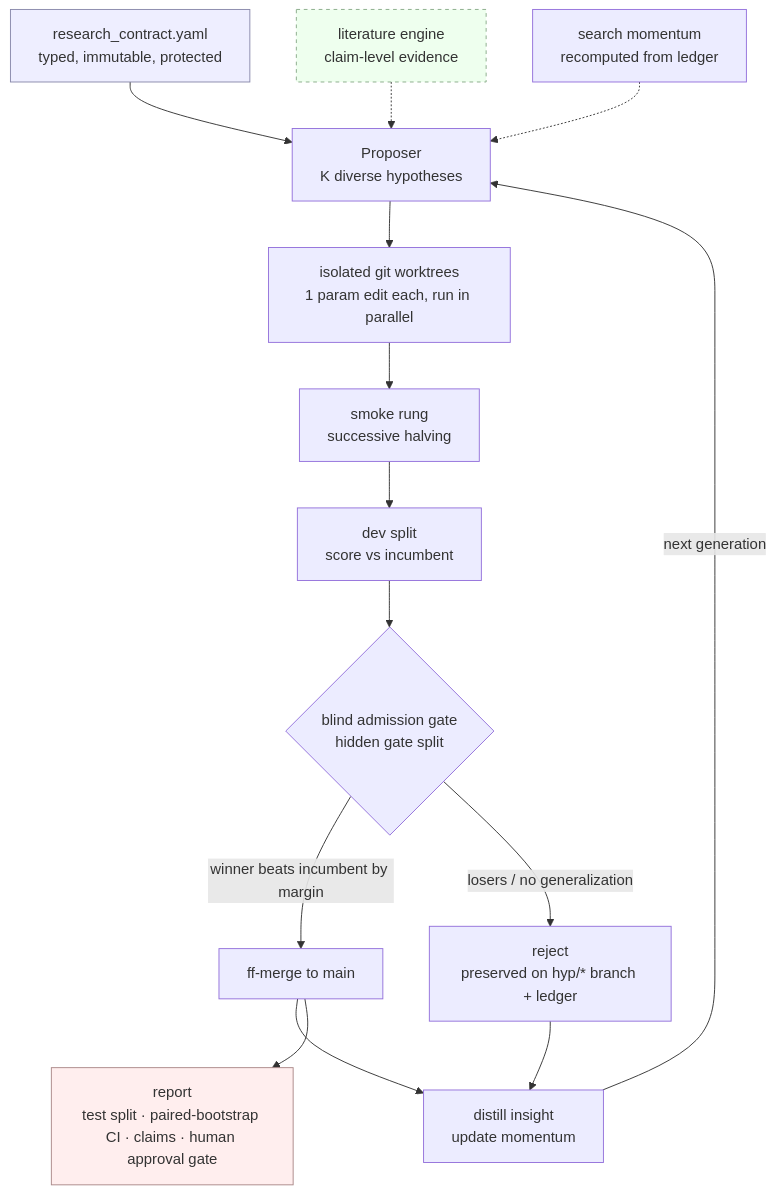
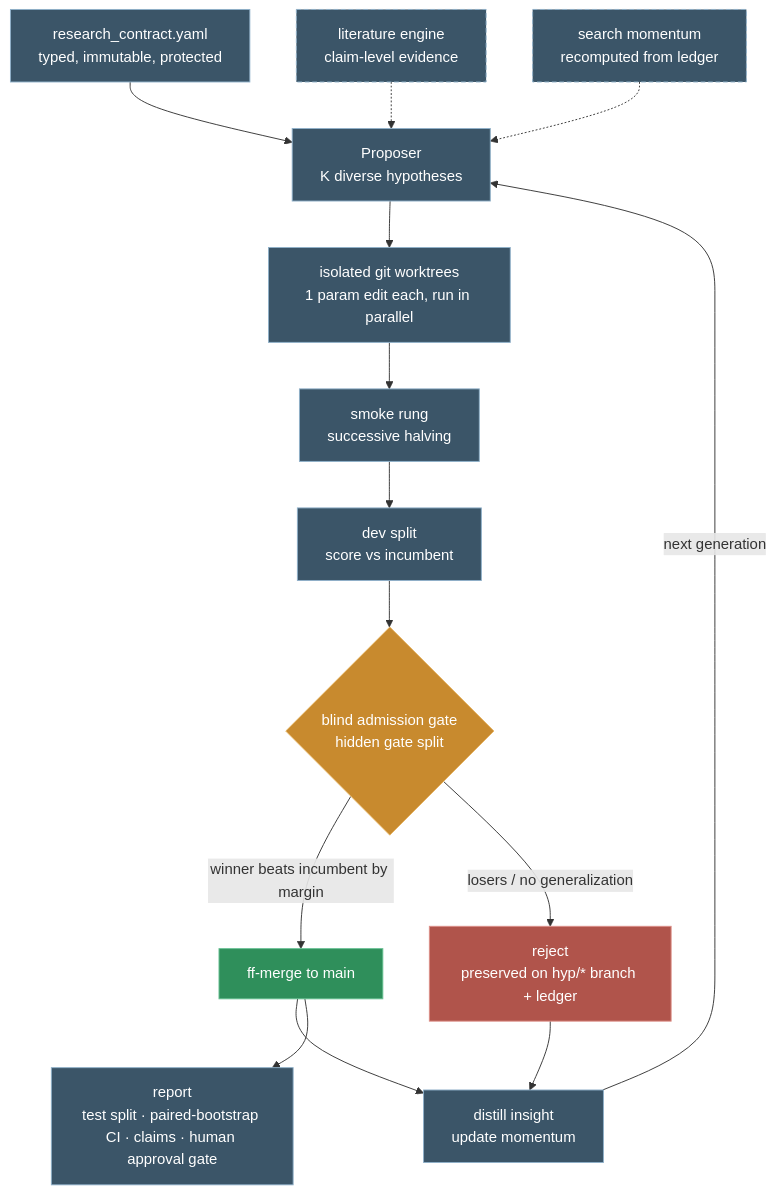
Before and after one commit to Gyubin/autoresearch: the diagram in README.md, drawn with Mermaid. The commit also changed 1 other file, not shown here.

Commit message:
docs: recolor the overview diagram for cross-theme readability
Every node now carries an explicit fill + white text (slate pipeline, amber
gate, green accept, red reject), so the diagram reads as one system on both
GitHub light and dark themes instead of mixing pastel and theme-default nodes.

````diff
--- a/README.md
+++ b/README.md
@@ -29,20 +29,22 @@
 ```mermaid
 flowchart TD
-    C[research_contract.yaml<br/>typed, immutable, protected]:::frozen --> P
-    L[literature engine<br/>claim-level evidence]:::opt -.-> P
-    M[search momentum<br/>recomputed from ledger] -.-> P
-    P[Proposer<br/>K diverse hypotheses] --> W[isolated git worktrees<br/>1 param edit each, run in parallel]
-    W --> SM[smoke rung<br/>successive halving]
-    SM --> DEV[dev split<br/>score vs incumbent]
-    DEV --> GATE{blind admission gate<br/>hidden gate split}
-    GATE -->|winner beats incumbent by margin| MERGE[ff-merge to main]
-    GATE -->|losers / no generalization| REJ[reject<br/>preserved on hyp/* branch + ledger]
-    MERGE --> INS[distill insight<br/>update momentum]
+    C[research_contract.yaml<br/>typed, immutable, protected]:::base --> P
+    L[literature engine<br/>claim-level evidence]:::optin -.-> P
+    M[search momentum<br/>recomputed from ledger]:::optin -.-> P
+    P[Proposer<br/>K diverse hypotheses]:::base --> W[isolated git worktrees<br/>1 param edit each, run in parallel]:::base
+    W --> SM[smoke rung<br/>successive halving]:::base
+    SM --> DEV[dev split<br/>score vs incumbent]:::base
+    DEV --> GATE{blind admission gate<br/>hidden gate split}:::gate
+    GATE -->|winner beats incumbent by margin| MERGE[ff-merge to main]:::win
+    GATE -->|losers / no generalization| REJ[reject<br/>preserved on hyp/* branch + ledger]:::rej
+    MERGE --> INS[distill insight<br/>update momentum]:::base
     REJ --> INS
     INS -->|next generation| P
-    MERGE --> REP[report<br/>test split · paired-bootstrap CI · claims · human approval gate]:::seal
+    MERGE --> REP[report<br/>test split · paired-bootstrap CI · claims · human approval gate]:::base
 
-    classDef frozen fill:#eef,stroke:#88a;
-    classDef opt fill:#efe,stroke:#8a8,stroke-dasharray:4;
-    classDef seal fill:#fee,stroke:#a88;
+    classDef base fill:#3b5568,stroke:#8fb0c9,color:#ffffff;
+    classDef optin fill:#3b5568,stroke:#8fb0c9,color:#ffffff,stroke-dasharray:5 3;
+    classDef gate fill:#c88a2e,stroke:#e6b566,color:#ffffff;
+    classDef win fill:#2f8f5b,stroke:#69c294,color:#ffffff;
+    classDef rej fill:#b0544b,stroke:#dd9089,color:#ffffff;
 ```
````
